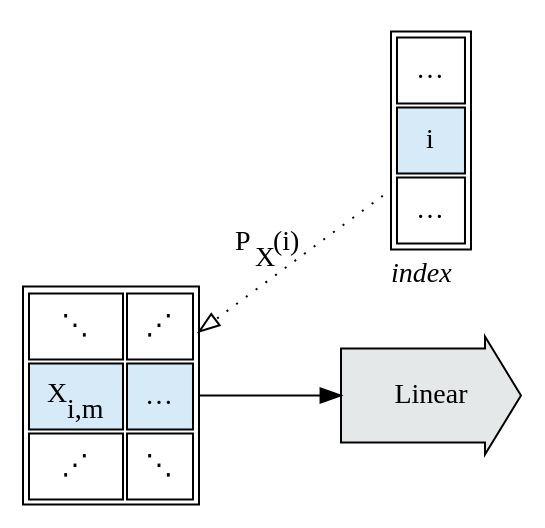
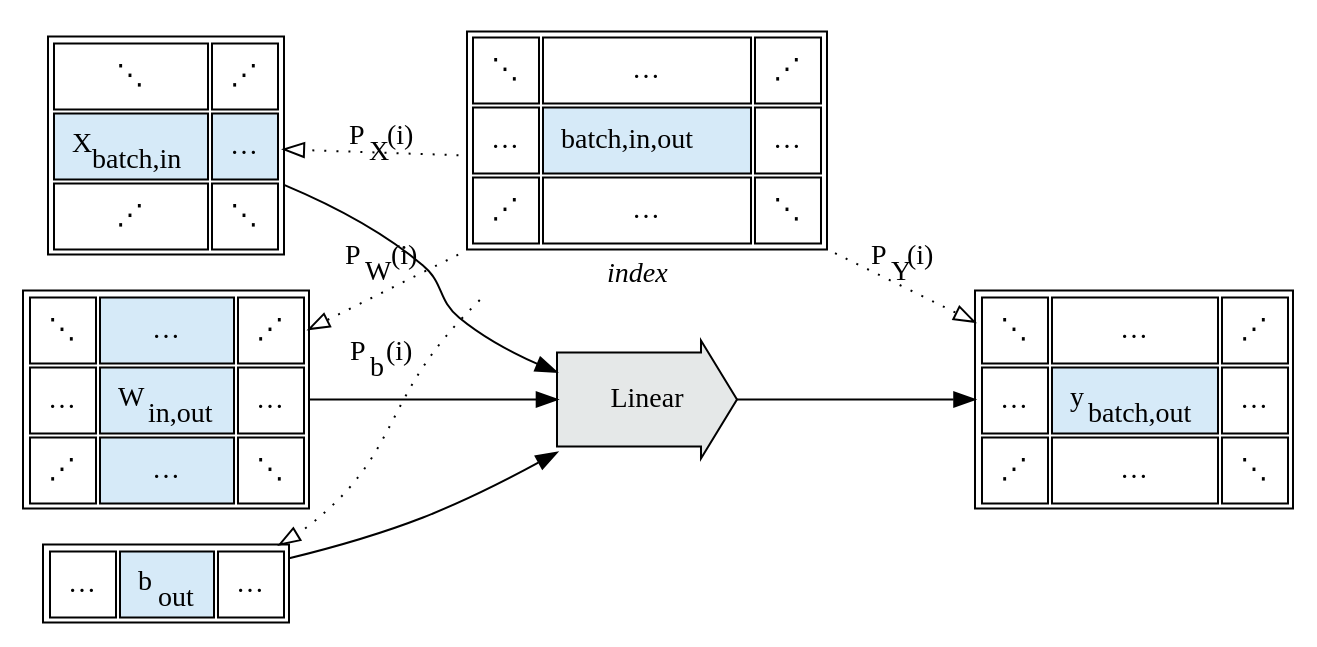
The tenth of 18 diagrams in source/Tapestry/index.md (crutcher/crutcher.github.io-source), drawn with Graphviz before and after one commit. The commit also changed other lines of this file and 2 other files, not shown here.

Commit message:
out dim sharding

```diff
--- a/source/Tapestry/index.md
+++ b/source/Tapestry/index.md
@@ -957,13 +970,19 @@
         <tr><td>
           <table cellpadding="8">
               <tr>
+                  <td>⋱</td>
+                  <td>…</td>
+                  <td>⋰</td>
+                  </tr>
+              <tr>
+                  <td>…</td>
+                  <td bgcolor="#D6EAF8" align="center">batch,in,out</td>
                   <td>…</td>
                   </tr>
               <tr>
-                  <td bgcolor="#D6EAF8">i</td>
-                  </tr>
-              <tr>
+                  <td>⋰</td>
                   <td>…</td>
+                  <td>⋱</td>
                   </tr>
               </table>
 	  </td></tr>
@@ -981,7 +1000,7 @@
                 <td>⋰</td>
                 </tr>
             <tr>
-                <td bgcolor="#D6EAF8">X<sub>i,m</sub></td>
+                <td bgcolor="#D6EAF8">X<sub>batch,in</sub></td>
                 <td bgcolor="#D6EAF8">…</td>
                 </tr>
             <tr>
@@ -991,7 +1010,30 @@
             </table>
         >,
     ];
-    
+
+    w [
+        shape="plain",
+        label=<
+        <table cellpadding="8">
+            <tr>
+                <td>⋱</td>
+                <td bgcolor="#D6EAF8">…</td>
+                <td>⋰</td>
+                </tr>
+            <tr>
+                <td>…</td>
+                <td bgcolor="#D6EAF8">W<sub>in,out</sub></td>
+                <td>…</td>
+                </tr>
+            <tr>
+                <td>⋰</td>
+                <td bgcolor="#D6EAF8">…</td>
+                <td>⋱</td>
+                </tr>
+            </table>
+        >,
+    ];
+
     op [
         label=Linear,
         shape=rarrow,
@@ -1000,9 +1042,53 @@
         margin=0.3
     ];
 
+    b [
+        shape="plain",
+        label=<
+        <table cellpadding="8">
+            <tr>
+                <td>…</td>
+                <td bgcolor="#D6EAF8">b<sub>out</sub></td>
+                <td>…</td>
+                </tr>
+            </table>
+        >,
+    ];
+
+    y [
+        shape="plain",
+        label=<
+        <table cellpadding="8">
+            <tr>
+                <td>⋱</td>
+                <td>…</td>
+                <td>⋰</td>
+                </tr>
+            <tr>
+                <td>…</td>
+                <td bgcolor="#D6EAF8">y<sub>batch,out</sub></td>
+                <td>…</td>
+                </tr>
+            <tr>
+                <td>⋰</td>
+                <td>…</td>
+                <td>⋱</td>
+                </tr>
+            </table>
+        >,
+    ];
+
+
     x -> op;
+    op -> y;
+
+    w -> op;
+    b -> op;
 
     idx -> x [label=<P<sub>X</sub>(i)>, constraint=false, style=dotted, arrowhead=empty];
+    idx -> w [label=<P<sub>W</sub>(i)>, constraint=false, style=dotted, arrowhead=empty];
+    idx -> b [label=<P<sub>b</sub>(i)>, constraint=false, style=dotted, arrowhead=empty];
+    idx -> y [label=<P<sub>Y</sub>(i)>, constraint=false, style=dotted, arrowhead=empty];
 
     { rank=same; op; idx; }
 }
```
